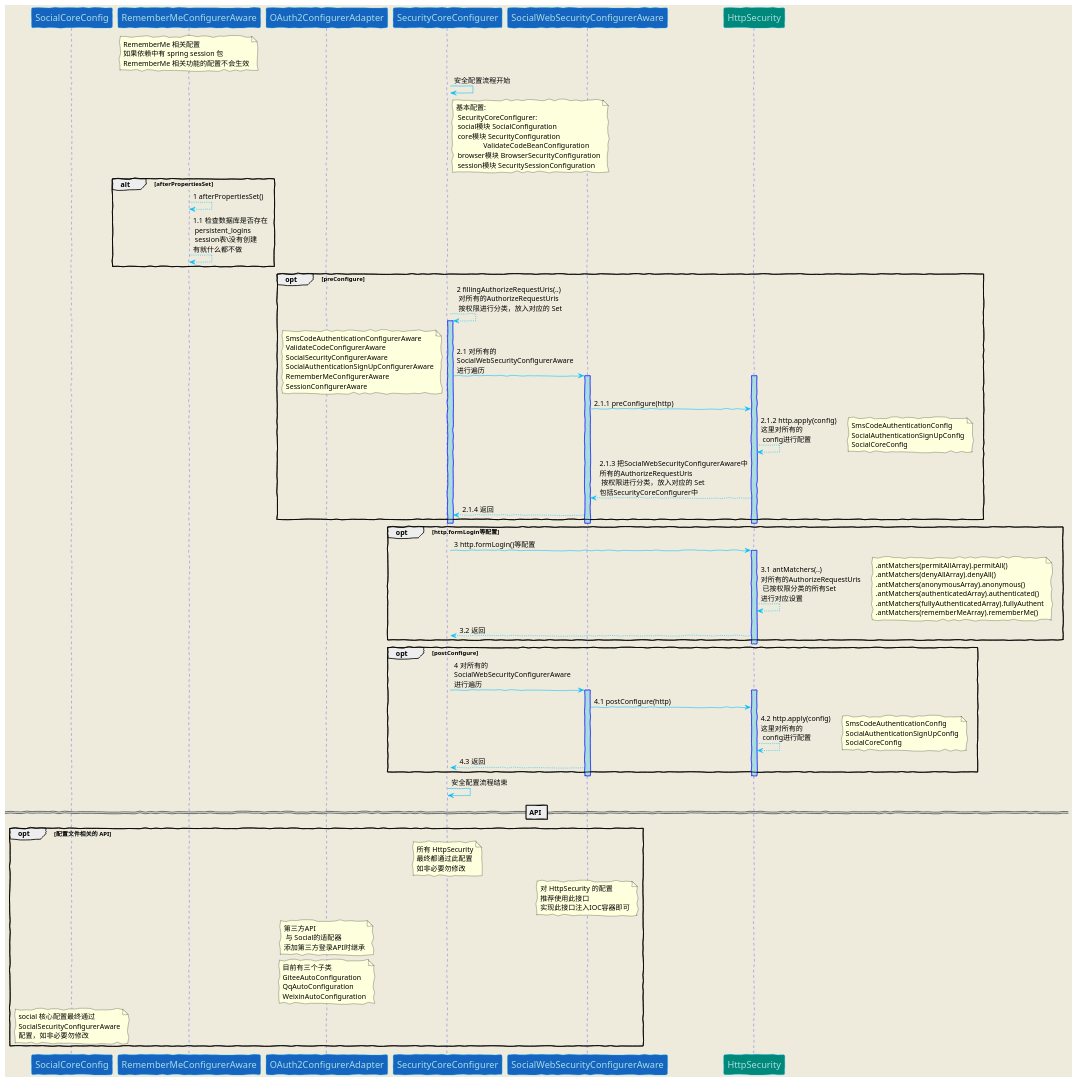
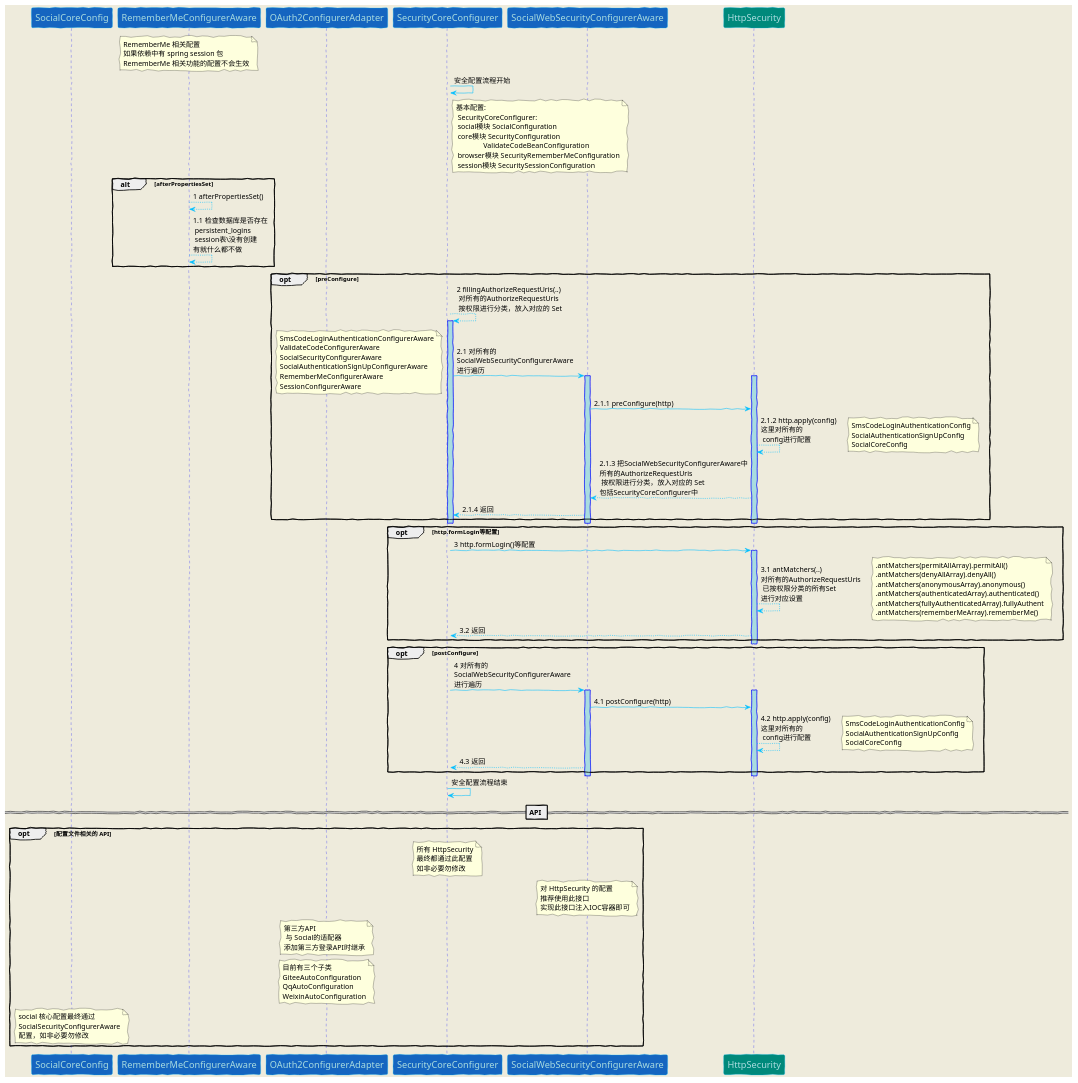
One commit to ZeroOrInfinity/UMS changed the diagram in doc/scurityConfigurer.puml. Above: the diagram before and after it, drawn with PlantUML. The commit also changed 49 other files, not shown here.

```diff
--- a/doc/scurityConfigurer.puml
+++ b/doc/scurityConfigurer.puml
@@ -1,108 +1,108 @@
 @startuml
 
 skinparam backgroundColor #EEEBDC
 skinparam handwritten true
 skinparam sequence {
 ArrowColor DeepSkyBlue
 ActorBorderColor DeepSkyBlue
 LifeLineBorderColor blue
 LifeLineBackgroundColor #A9DCDF
 ParticipantBorderColor DeepSkyBlue
 ParticipantBackgroundColor #00897b
 ParticipantFontName Impact
 ParticipantFontSize 17
 ParticipantFontColor #A9DCDF
 ActorBackgroundColor aqua
 ActorFontColor DeepSkyBlue
 ActorFontSize 17
 ActorFontName Aapex
 }
 participant "SocialCoreConfig"  #1565c0
 participant "RememberMeConfigurerAware"  #1565c0
 note over RememberMeConfigurerAware: RememberMe 相关配置\n\
 如果依赖中有 spring session 包\n\
 RememberMe 相关功能的配置不会生效
 
 participant "OAuth2ConfigurerAdapter"  #1565c0
 
 participant "SecurityCoreConfigurer" #1565c0
 SecurityCoreConfigurer -> SecurityCoreConfigurer: 安全配置流程开始
 note right SecurityCoreConfigurer: 基本配置:\n SecurityCoreConfigurer: \n\
  social模块 SocialConfiguration\n core模块 SecurityConfiguration\n\
-               ValidateCodeBeanConfiguration\n browser模块 BrowserSecurityConfiguration\n\
+               ValidateCodeBeanConfiguration\n browser模块 SecurityRememberMeConfiguration\n\
  session模块 SecuritySessionConfiguration
 alt afterPropertiesSet
 RememberMeConfigurerAware --> RememberMeConfigurerAware: 1 afterPropertiesSet()
 RememberMeConfigurerAware --> RememberMeConfigurerAware: 1.1 检查数据库是否存在\n persistent_logins\n session表\没有创建\n有就什么都不做
 end
 activate SecurityCoreConfigurer
 opt preConfigure
 SecurityCoreConfigurer --> SecurityCoreConfigurer: 2 fillingAuthorizeRequestUris(..)\n 对所有的AuthorizeRequestUris\n 按权限进行分类，放入对应的 Set
 activate SecurityCoreConfigurer
 participant "SocialWebSecurityConfigurerAware" #1565c0
 SecurityCoreConfigurer -> SocialWebSecurityConfigurerAware: 2.1 对所有的\nSocialWebSecurityConfigurerAware\n进行遍历
-note left : SmsCodeAuthenticationConfigurerAware\n\
+note left : SmsCodeLoginAuthenticationConfigurerAware\n\
 ValidateCodeConfigurerAware\n\
 SocialSecurityConfigurerAware\n\
 SocialAuthenticationSignUpConfigurerAware\n\
 RememberMeConfigurerAware\n\
 SessionConfigurerAware
 activate SocialWebSecurityConfigurerAware
 activate HttpSecurity
 SocialWebSecurityConfigurerAware -> HttpSecurity: 2.1.1 preConfigure(http)
 HttpSecurity --> HttpSecurity: 2.1.2 http.apply(config)\n这里对所有的\n config进行配置
-note right : SmsCodeAuthenticationConfig\n\
+note right : SmsCodeLoginAuthenticationConfig\n\
 SocialAuthenticationSignUpConfig\n\
 SocialCoreConfig
 HttpSecurity --> SocialWebSecurityConfigurerAware: 2.1.3 把SocialWebSecurityConfigurerAware中\n所有的AuthorizeRequestUris\n 按权限进行分类，放入对应的 Set\n包括SecurityCoreConfigurer中
 SocialWebSecurityConfigurerAware --> SecurityCoreConfigurer: 2.1.4 返回
 end
 deactivate HttpSecurity
 deactivate SocialWebSecurityConfigurerAware
 deactivate SecurityCoreConfigurer
 opt http.formLogin等配置
 SecurityCoreConfigurer -> HttpSecurity: 3 http.formLogin()等配置
 activate HttpSecurity
 HttpSecurity --> HttpSecurity: 3.1 antMatchers(..)\n对所有的AuthorizeRequestUris\n 已按权限分类的所有Set\n进行对应设置
 note right : .antMatchers(permitAllArray).permitAll()\n\
 .antMatchers(denyAllArray).denyAll()\n\
 .antMatchers(anonymousArray).anonymous()\n\
 .antMatchers(authenticatedArray).authenticated()\n\
 .antMatchers(fullyAuthenticatedArray).fullyAuthent\n\
 .antMatchers(rememberMeArray).rememberMe()
 HttpSecurity --> SecurityCoreConfigurer: 3.2 返回
 end
 deactivate HttpSecurity
 activate SecurityCoreConfigurer
 opt postConfigure
 SecurityCoreConfigurer -> SocialWebSecurityConfigurerAware: 4 对所有的\nSocialWebSecurityConfigurerAware\n进行遍历
 activate SocialWebSecurityConfigurerAware
 activate HttpSecurity
 SocialWebSecurityConfigurerAware -> HttpSecurity: 4.1 postConfigure(http)
 HttpSecurity --> HttpSecurity: 4.2 http.apply(config)\n这里对所有的\n config进行配置
-note right : SmsCodeAuthenticationConfig\n\
+note right : SmsCodeLoginAuthenticationConfig\n\
 SocialAuthenticationSignUpConfig\n\
 SocialCoreConfig
 
 SocialWebSecurityConfigurerAware --> SecurityCoreConfigurer: 4.3 返回
 end
 deactivate HttpSecurity
 deactivate SocialWebSecurityConfigurerAware
 deactivate SecurityCoreConfigurer
 
 deactivate SecurityCoreConfigurer
 
 SecurityCoreConfigurer -> SecurityCoreConfigurer: 安全配置流程结束
 
 == API ==
 opt 配置文件相关的 API
 note over SecurityCoreConfigurer: 所有 HttpSecurity\n最终都通过此配置\n如非必要勿修改
 note over SocialWebSecurityConfigurerAware: 对 HttpSecurity 的配置\n推荐使用此接口\n实现此接口注入IOC容器即可
 
 note over OAuth2ConfigurerAdapter: 第三方API\n 与 Social的适配器\n添加第三方登录API时继承
 note over OAuth2ConfigurerAdapter: 目前有三个子类\nGiteeAutoConfiguration\nQqAutoConfiguration\nWeixinAutoConfiguration
 note over SocialCoreConfig: social 核心配置最终通过\nSocialSecurityConfigurerAware\n配置，如非必要勿修改
 
 end
 
 @enduml
```
